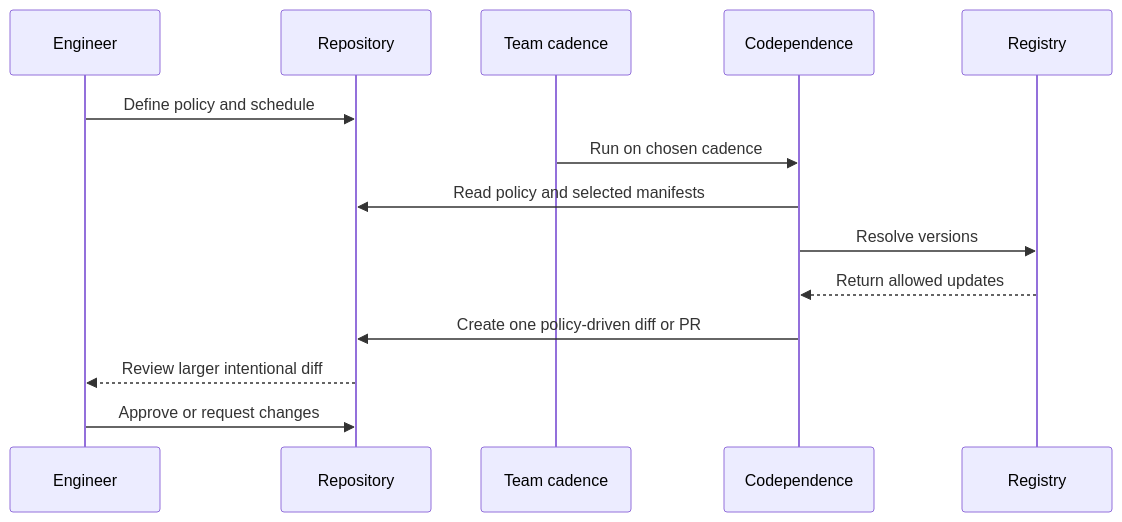
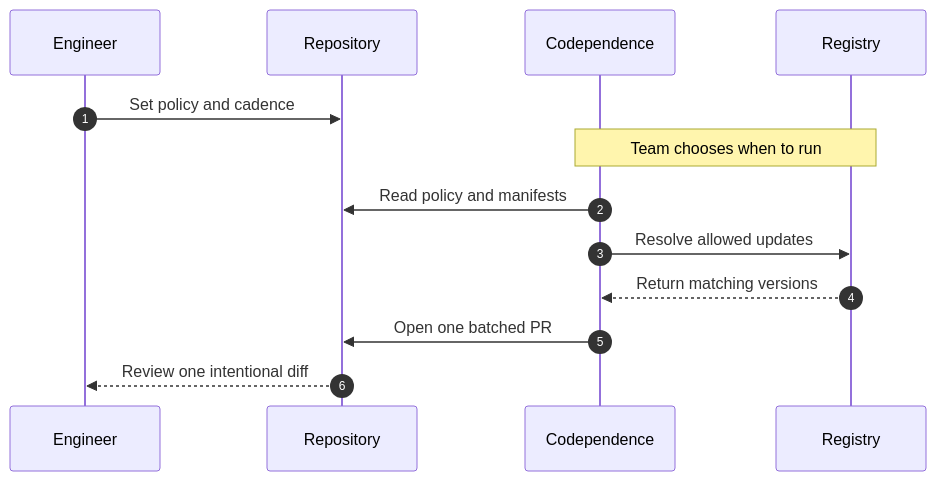
The second of 2 diagrams in README.md (yowainwright/codependence), drawn with Mermaid before and after one commit. The commit also changed other lines of this file, not shown here.

````diff
--- a/README.md
+++ b/README.md
@@ -595,16 +856,15 @@
 ```mermaid
 sequenceDiagram
+    autonumber
     participant Engineer
     participant Repo as Repository
-    participant Scheduler as Team cadence
     participant Codependence
     participant Registry
-    Engineer->>Repo: Define policy and schedule
-    Scheduler->>Codependence: Run on chosen cadence
-    Codependence->>Repo: Read policy and selected manifests
-    Codependence->>Registry: Resolve versions
-    Registry-->>Codependence: Return allowed updates
-    Codependence->>Repo: Create one policy-driven diff or PR
-    Repo-->>Engineer: Review larger intentional diff
-    Engineer->>Repo: Approve or request changes
+    Engineer->>Repo: Set policy and cadence
+    Note over Codependence,Registry: Team chooses when to run
+    Codependence->>Repo: Read policy and manifests
+    Codependence->>Registry: Resolve allowed updates
+    Registry-->>Codependence: Return matching versions
+    Codependence->>Repo: Open one batched PR
+    Repo-->>Engineer: Review one intentional diff
 ```
````
